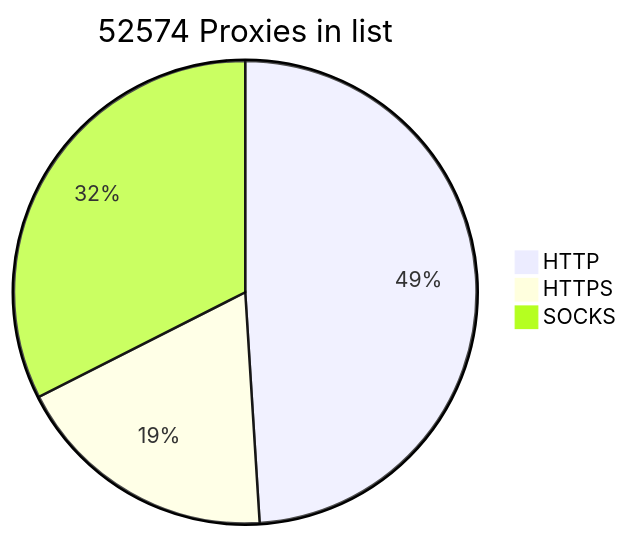
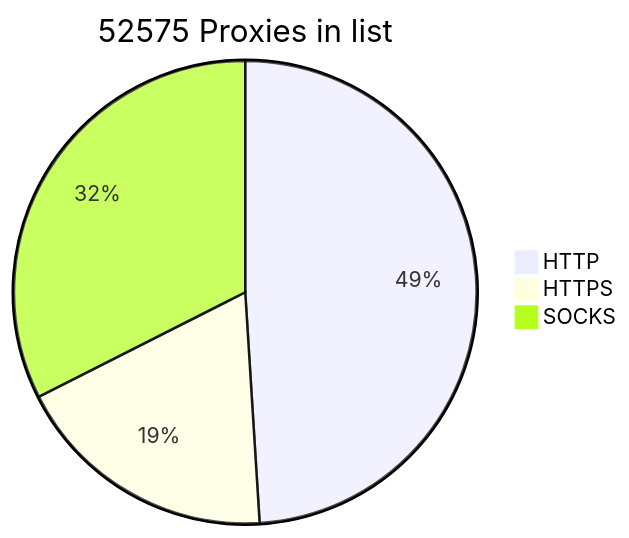
One commit to BlackSnowDot/proxylist-update-every-minute changed the diagram in README.md. Above: the diagram before and after it, drawn with Mermaid.

````diff
--- a/README.md
+++ b/README.md
@@ -2,6 +2,6 @@
 ```mermaid
-pie title 52574 Proxies in list
-    "HTTP" : 29008
-    "HTTPS": 10969
+pie title 52575 Proxies in list
+    "HTTP" : 29010
+    "HTTPS": 10970
     "SOCKS" : 19216
 ```
````
